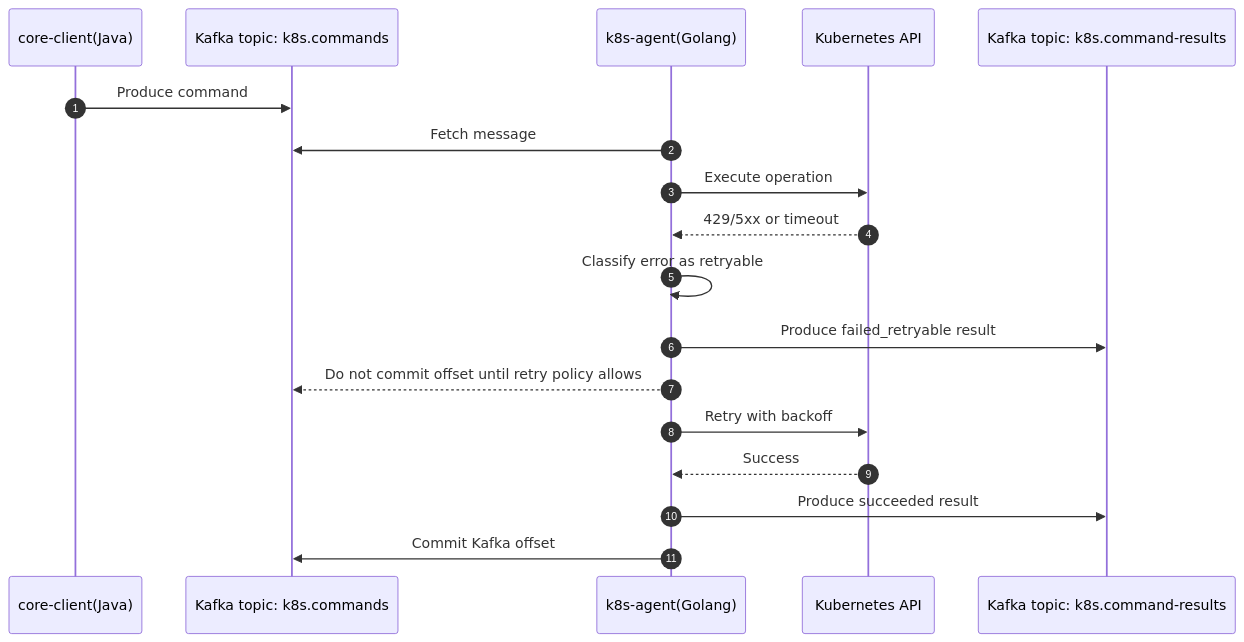
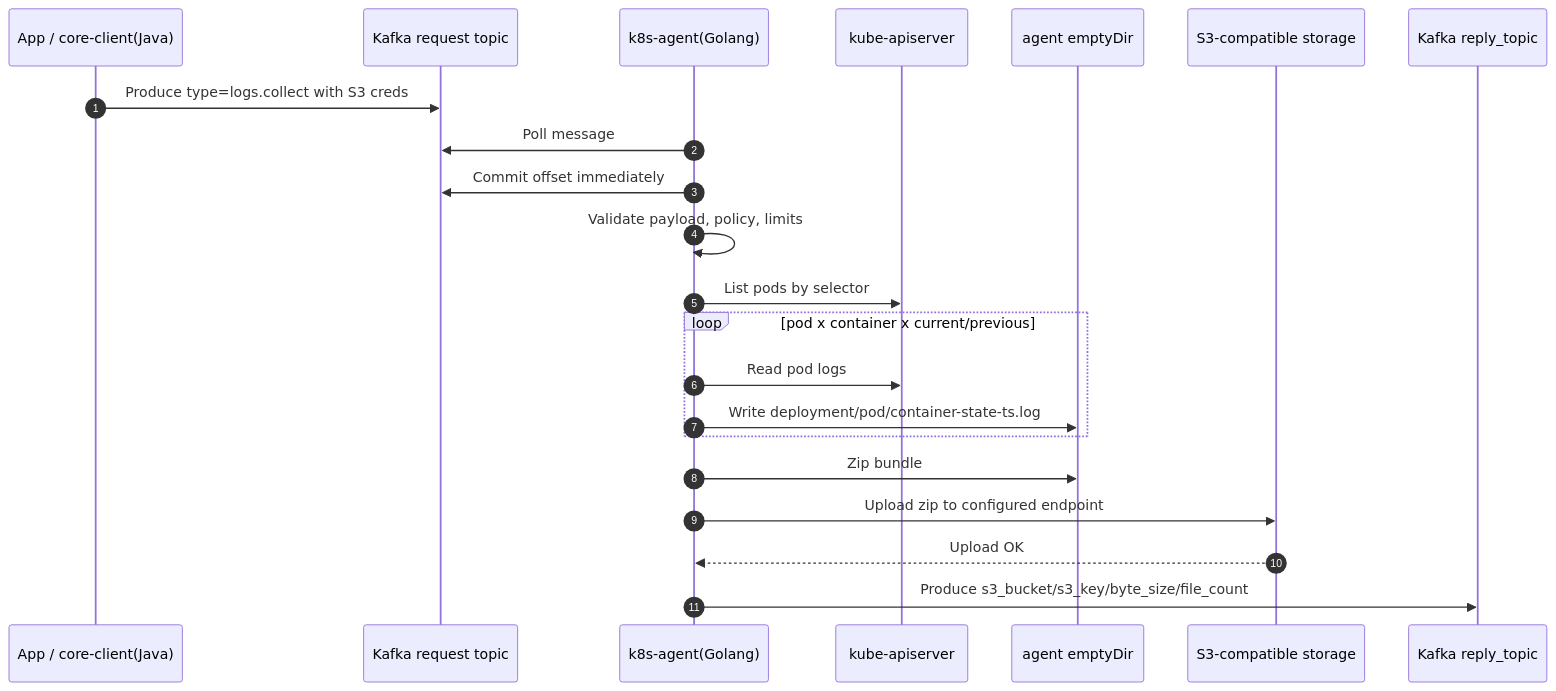
The third of 6 diagrams in docs/architecture-core-client-k8s-agent.md (tormoz70/usmc-k8s-agent), drawn with Mermaid before and after one commit. The commit also changed other lines of this file, not shown here.

Commit message:
docs: align core client agent architecture with MVP decisions

````diff
--- a/docs/architecture-core-client-k8s-agent.md
+++ b/docs/architecture-core-client-k8s-agent.md
@@ -209,21 +317,25 @@
 ```mermaid
 sequenceDiagram
     autonumber
-    participant Core as core-client(Java)
-    participant CmdTopic as Kafka topic: k8s.commands
+    participant App as App / core-client(Java)
+    participant Req as Kafka request topic
     participant Agent as k8s-agent(Golang)
-    participant Kube as Kubernetes API
-    participant ResultTopic as Kafka topic: k8s.command-results
+    participant Kube as kube-apiserver
+    participant FS as agent emptyDir
+    participant S3 as S3-compatible storage
+    participant Reply as Kafka reply_topic
 
-    Core->>CmdTopic: Produce command
-    Agent->>CmdTopic: Fetch message
-    Agent->>Kube: Execute operation
-    Kube-->>Agent: 429/5xx or timeout
-    Agent->>Agent: Classify error as retryable
-    Agent->>ResultTopic: Produce failed_retryable result
-    Agent-->>CmdTopic: Do not commit offset until retry policy allows
-    Agent->>Kube: Retry with backoff
-    Kube-->>Agent: Success
-    Agent->>ResultTopic: Produce succeeded result
-    Agent->>CmdTopic: Commit Kafka offset
+    App->>Req: Produce type=logs.collect with S3 creds
+    Agent->>Req: Poll message
+    Agent->>Req: Commit offset immediately
+    Agent->>Agent: Validate payload, policy, limits
+    Agent->>Kube: List pods by selector
+    loop pod x container x current/previous
+        Agent->>Kube: Read pod logs
+        Agent->>FS: Write deployment/pod/container-state-ts.log
+    end
+    Agent->>FS: Zip bundle
+    Agent->>S3: Upload zip to configured endpoint
+    S3-->>Agent: Upload OK
+    Agent->>Reply: Produce s3_bucket/s3_key/byte_size/file_count
 ```
````
